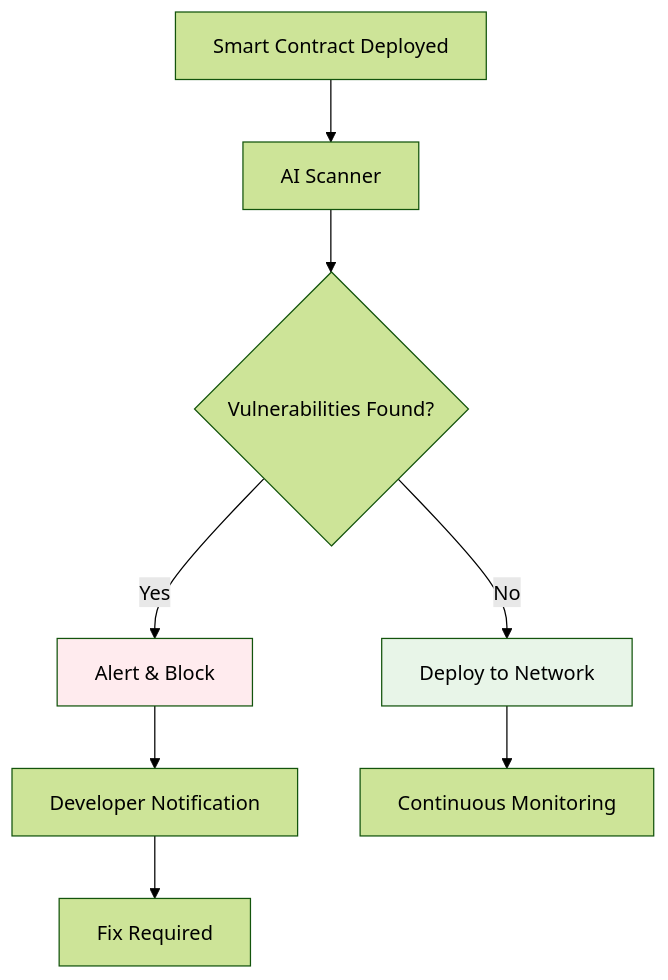
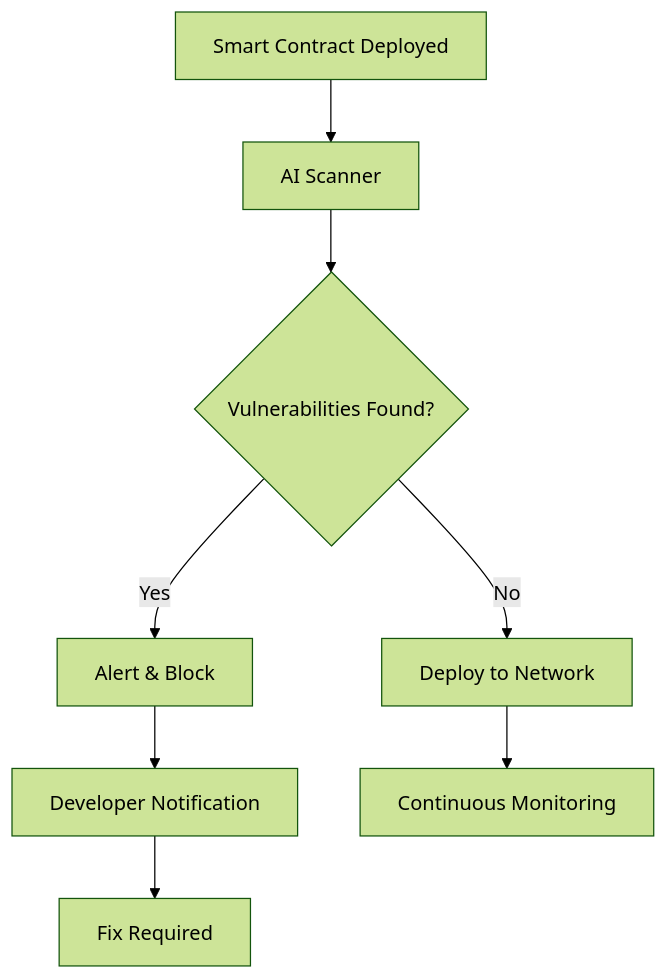
One commit to CLayer-dev/docs changed the second of 3 diagrams in docs/intro.mdx. Above: the diagram before and after it, drawn with Mermaid (forest theme). The commit also changed other lines of this file and 25 other files, not shown here.

````diff
--- a/docs/intro.mdx
+++ b/docs/intro.mdx
@@ -148,13 +337,10 @@
 ```mermaid
 flowchart TD
     A[Smart Contract Deployed] --> B[AI Scanner]
     B --> C{Vulnerabilities Found?}
     C -->|Yes| D[Alert & Block]
     C -->|No| E[Deploy to Network]
     D --> F[Developer Notification]
     F --> G[Fix Required]
     E --> H[Continuous Monitoring]
-    
-    style D fill:#ffebee
-    style E fill:#e8f5e8
 ```
````
